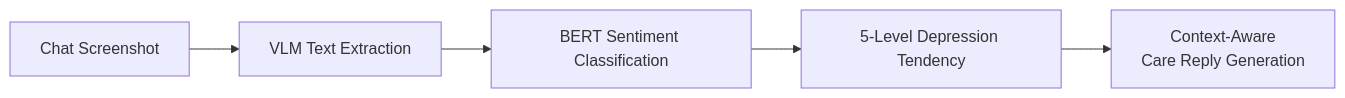
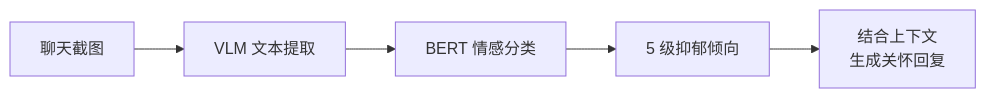
The diagram in README.md (DreDabe/sightflow-desktop-agent), drawn with Mermaid before and after one commit. The commit also changed other lines of this file and 2 other files, not shown here.

````diff
--- a/README.md
+++ b/README.md
@@ -74,7 +74,7 @@
 ```mermaid
 flowchart LR
-    A["Chat Screenshot"] --> B["VLM Text Extraction"]
-    B --> C["BERT Sentiment Classification"]
-    C --> D["5-Level Depression Tendency"]
-    D --> E["Context-Aware<br/>Care Reply Generation"]
+    A["聊天截图"] --> B["VLM 文本提取"]
+    B --> C["BERT 情感分类"]
+    C --> D["5 级抑郁倾向"]
+    D --> E["结合上下文<br/>生成关怀回复"]
 ```
````
